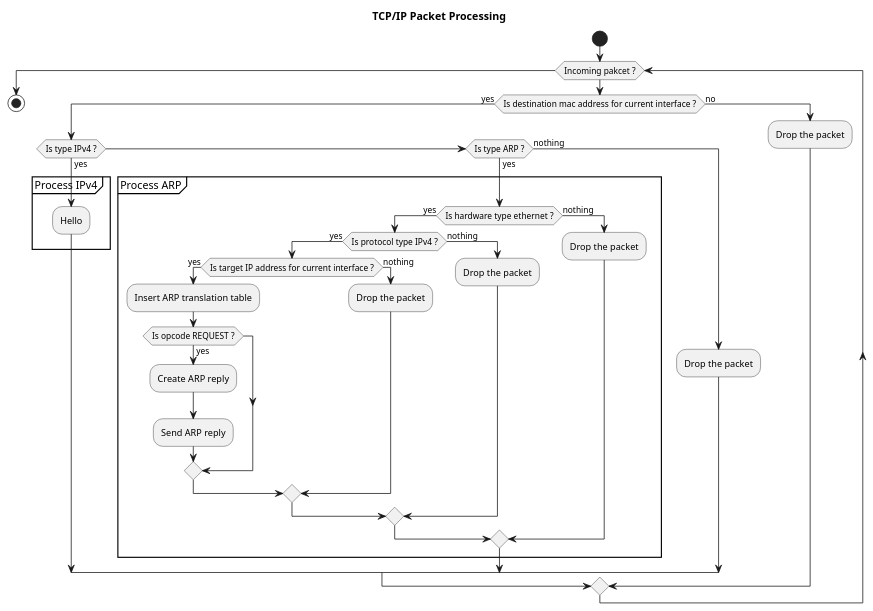
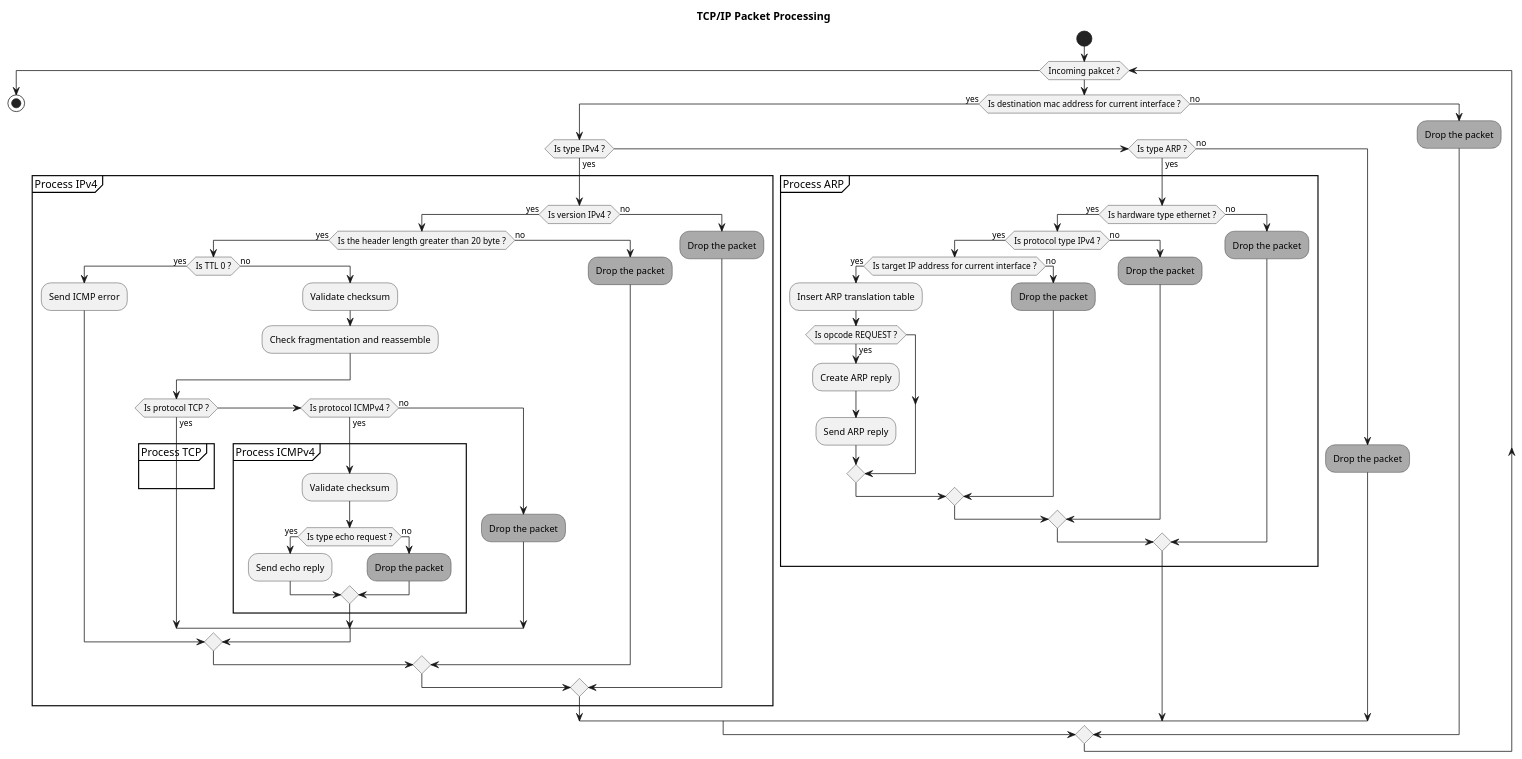
Before and after one commit to rmkm/tcpip-uml: the diagram in process.pu, drawn with PlantUML.

Commit message:
Add process ICMPv4

```diff
--- a/process.pu
+++ b/process.pu
@@ -1,43 +1,71 @@
 @startuml                                                 
 title TCP/IP Packet Processing                                               
                                                
 start                                                    
                                                        
 while (Incoming pakcet ?) 
 
 if (Is destination mac address for current interface ?) then (yes)
     if (Is type IPv4 ?) then (yes) 
         partition "Process IPv4" {                                   
-            :Hello;                                          
+            if (Is version IPv4 ?) then (yes)
+                if (Is the header length greater than 20 byte ?) then (yes)
+                    if (Is TTL 0 ?) then (yes)
+                        :Send ICMP error;
+                    else (no)
+                        :Validate checksum;
+                        :Check fragmentation and reassemble;
+                        if (Is protocol TCP ?) then (yes)
+                            partition "Process TCP" {
+                            }
+                        elseif (Is protocol ICMPv4 ?) then (yes)
+                            partition "Process ICMPv4" {
+                                :Validate checksum;
+                                if (Is type echo request ?) then (yes)
+                                    :Send echo reply;
+                                else (no)
+                                    #AAAAAA:Drop the packet;                                  
+                                endif
+                            }
+                        else (no)
+                            #AAAAAA:Drop the packet;                                  
+                        endif
+                    endif
+                else (no)
+                    #AAAAAA:Drop the packet;                                  
+                endif
+            else (no)
+                #AAAAAA:Drop the packet;                                  
+            endif
         }                                             
     elseif (Is type ARP ?) then (yes)
         partition "Process ARP" {
             if (Is hardware type ethernet ?) then (yes)
                 if (Is protocol type IPv4 ?) then (yes)
                     if (Is target IP address for current interface ?) then (yes)
                         :Insert ARP translation table;
                         if (Is opcode REQUEST ?) then (yes)
                             :Create ARP reply;
                             :Send ARP reply;
                         endif
-                    else (nothing)
-                        :Drop the packet;                                  
+                    else (no)
+                        #AAAAAA:Drop the packet;                                  
                     endif
-                else (nothing)
-                    :Drop the packet;                                  
+                else (no)
+                    #AAAAAA:Drop the packet;                                  
                 endif
-            else (nothing)
-                :Drop the packet;                                  
+            else (no)
+                #AAAAAA:Drop the packet;                                  
             endif
         }
-    else (nothing)
-        :Drop the packet;                                  
+    else (no)
+        #AAAAAA:Drop the packet;                                  
     endif
 else (no)                                                  
-    :Drop the packet;                                  
+    #AAAAAA:Drop the packet;                                  
 endif                                                 
 
 endwhile
                                        
 stop 
 @enduml
```
